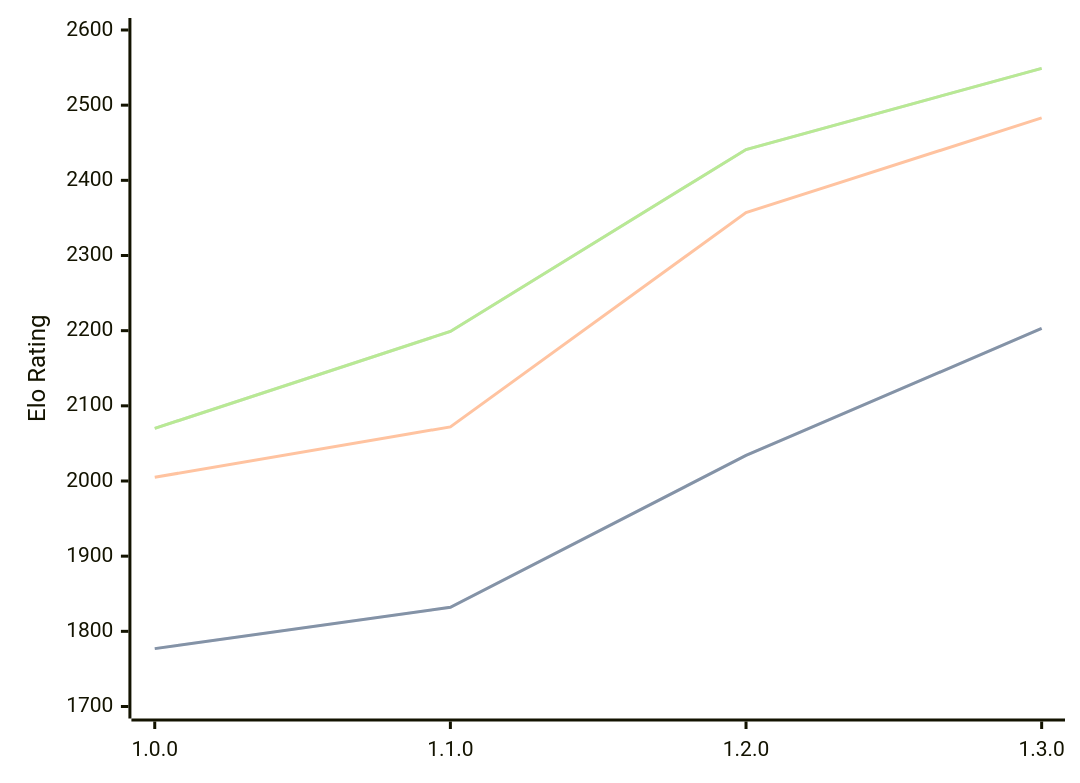
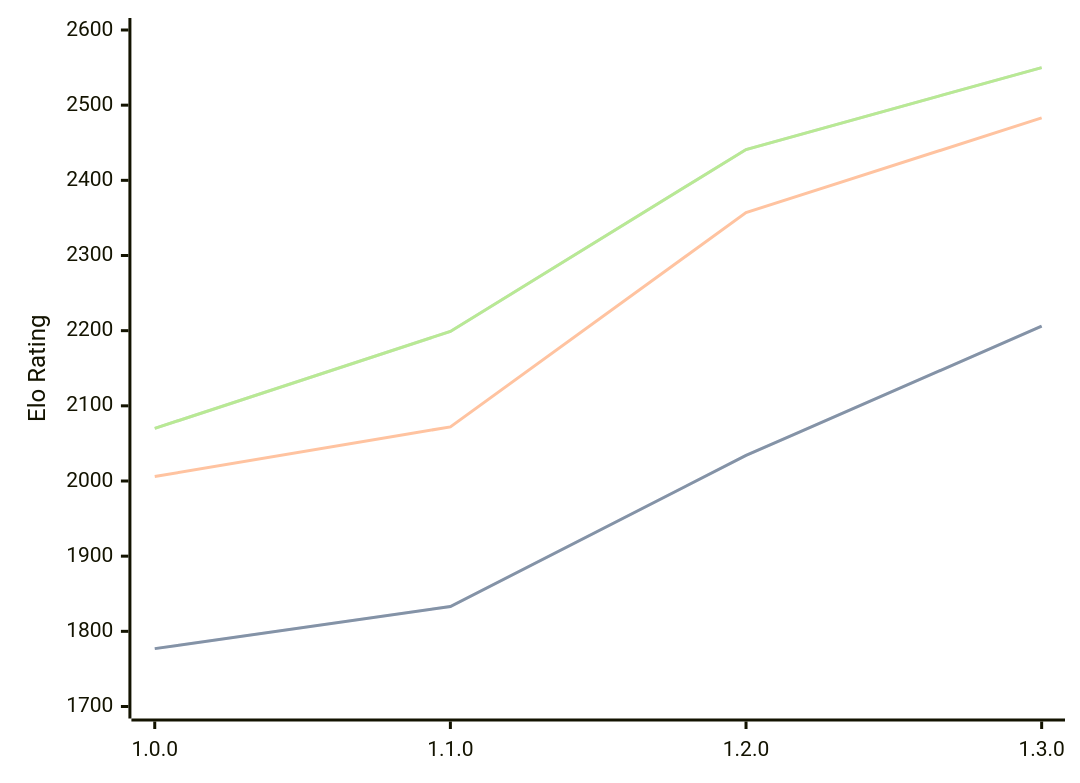
One commit to computer-chess-index/cci changed the diagram in engines/Anodos.md. Above: the diagram before and after it, drawn with Mermaid. The commit also changed other lines of this file, not shown here.

Commit message:
Update CCI Ratings (ELO VLTC) - 2026-05-15

````diff
--- a/engines/Anodos.md
+++ b/engines/Anodos.md
@@ -45,11 +45,11 @@
 ```mermaid
 %%{init: {"theme":"base","themeVariables":{"seriesColors:['#a3a3a3','#222221','#faa371']}}}%%
 xychart-beta
   x-axis ["1.0.0", "1.1.0", "1.2.0", "1.3.0"]
   y-axis "Elo Rating" 1700 --> 2600
-  line "STC (8.0+0.08s)" [1777, 1832, 2034, 2203]
-  line "STC (8.0+0.08s)" [1777, 1832, 2034, 2203]
-  line "LTC (60.0+0.60s)" [2005, 2072, 2357, 2483]
-  line "VLTC (2m24s+1.12s)" [2070, 2199, 2441, 2549]
-  line "VLTC (2m24s+1.12s)" [2070, 2199, 2441, 2549]
+  line "STC (8.0+0.08s)" [1777, 1833, 2034, 2206]
+  line "STC (8.0+0.08s)" [1777, 1833, 2034, 2206]
+  line "LTC (60.0+0.60s)" [2006, 2072, 2357, 2483]
+  line "VLTC (2m24s+1.12s)" [2070, 2199, 2441, 2550]
+  line "VLTC (2m24s+1.12s)" [2070, 2199, 2441, 2550]
 ```
````
